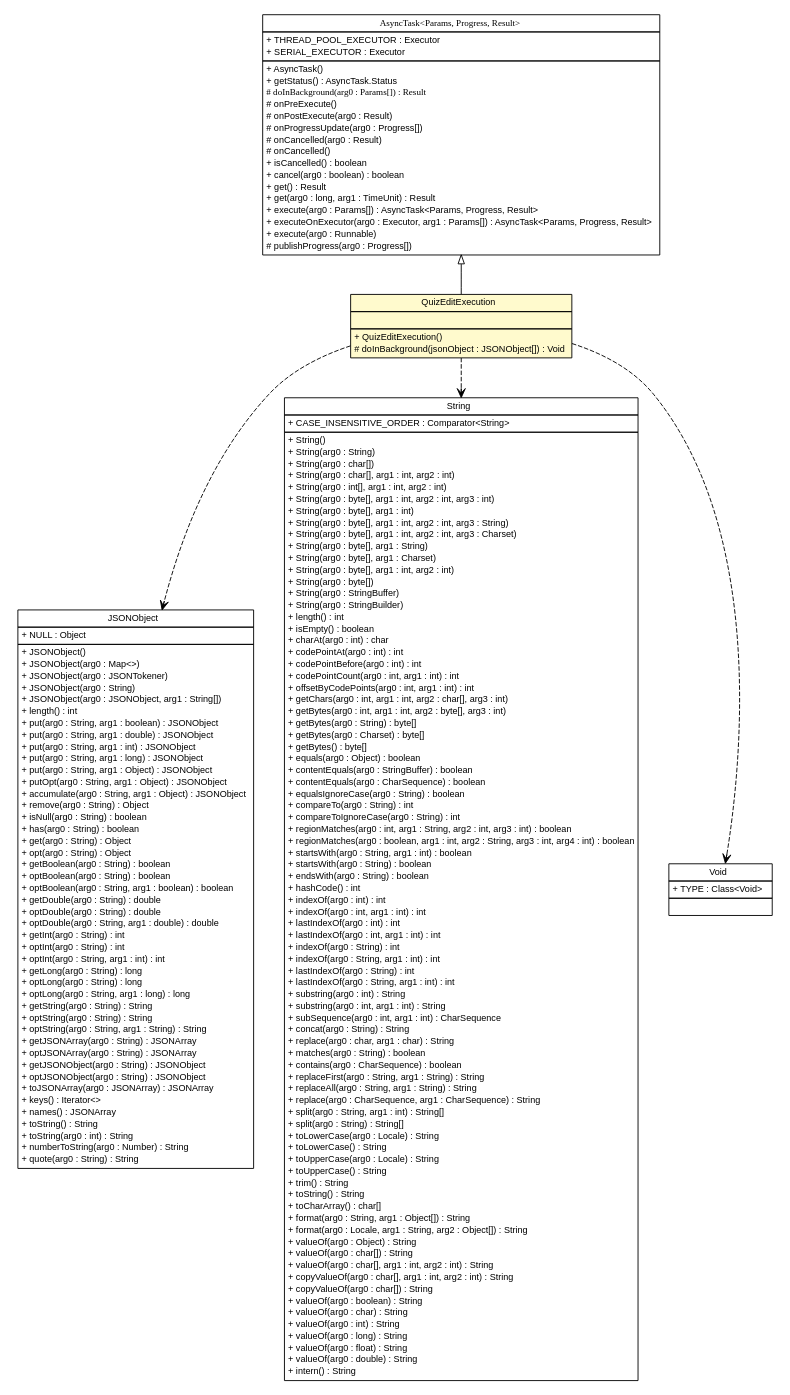
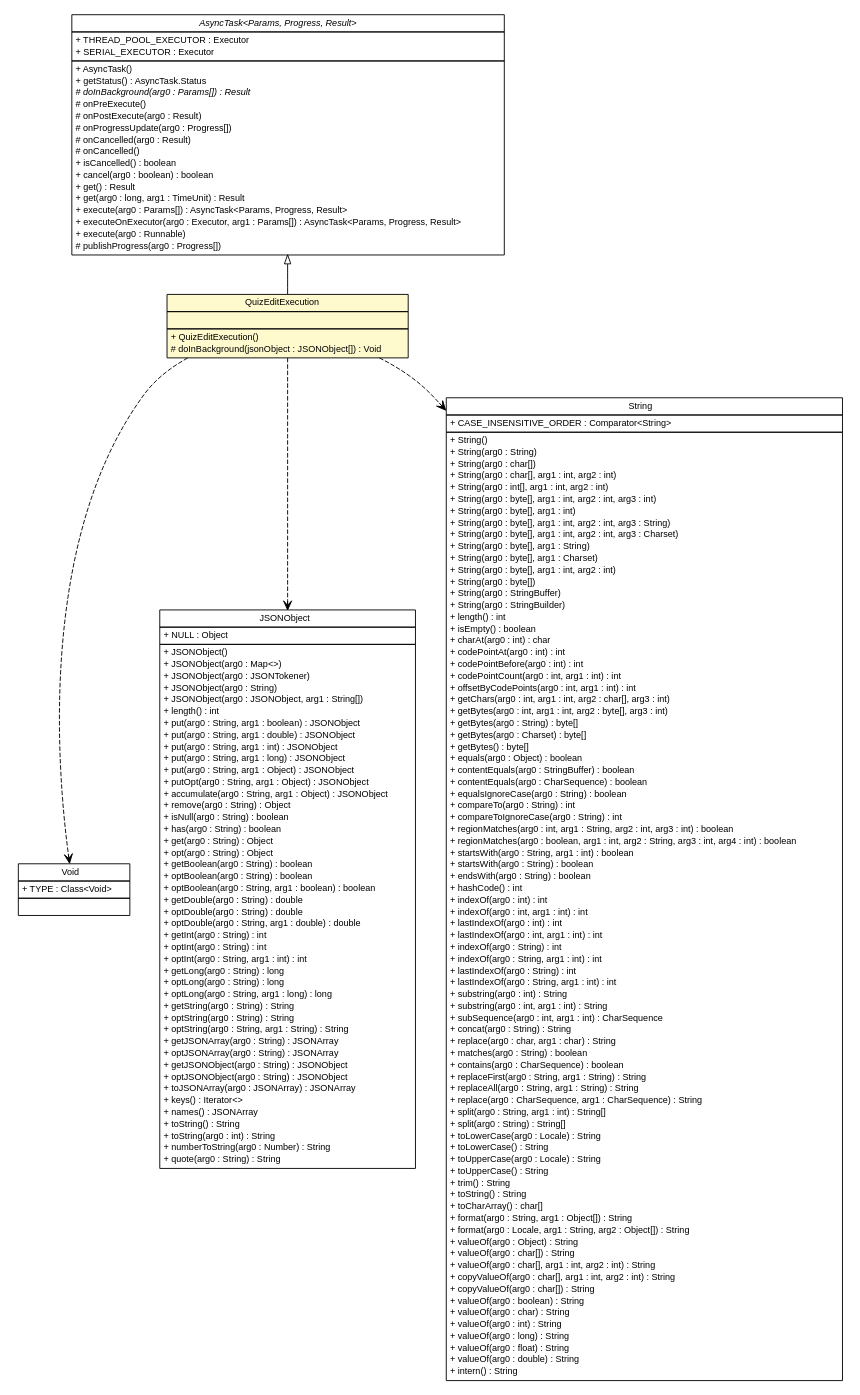
The diagram in SwEng2013QuizApp/reports/epfl/sweng/backend/QuizEditExecution.dot (SidneyBovet/sweng-2013-quizapp), drawn with Graphviz before and after one commit. The commit also changed 146 other files, not shown here.

Commit message:
ant reports rerun to create the .png for UML

```diff
--- a/SwEng2013QuizApp/reports/epfl/sweng/backend/QuizEditExecution.dot
+++ b/SwEng2013QuizApp/reports/epfl/sweng/backend/QuizEditExecution.dot
@@ -5,12 +5,12 @@
 #
 
 digraph G {
-	edge [fontname="arial",fontsize=10,labelfontname="arial",labelfontsize=10];
-	node [fontname="arial",fontsize=10,shape=plaintext];
+	edge [fontname="Helvetica",fontsize=10,labelfontname="Helvetica",labelfontsize=10];
+	node [fontname="Helvetica",fontsize=10,shape=plaintext];
 	nodesep=0.25;
 	ranksep=0.5;
 	// epfl.sweng.backend.QuizEditExecution
-	c405 [label=<<table title="epfl.sweng.backend.QuizEditExecution" border="0" cellborder="1" cellspacing="0" cellpadding="2" port="p" bgcolor="lemonChiffon" href="./QuizEditExecution.html">
+	c480 [label=<<table title="epfl.sweng.backend.QuizEditExecution" border="0" cellborder="1" cellspacing="0" cellpadding="2" port="p" bgcolor="lemonChiffon" href="./QuizEditExecution.html">
 		<tr><td><table border="0" cellspacing="0" cellpadding="1">
 <tr><td align="center" balign="center"> QuizEditExecution </td></tr>
 		</table></td></tr>
@@ -21,17 +21,17 @@
 <tr><td align="left" balign="left"> + QuizEditExecution() </td></tr>
 <tr><td align="left" balign="left"> # doInBackground(jsonObject : JSONObject[]) : Void </td></tr>
 		</table></td></tr>
-		</table>>, URL="./QuizEditExecution.html", fontname="arial", fontcolor="black", fontsize=10.0];
+		</table>>, URL="./QuizEditExecution.html", fontname="Helvetica", fontcolor="black", fontsize=10.0];
 	//epfl.sweng.backend.QuizEditExecution extends android.os.AsyncTask<org.json.JSONObject, java.lang.Void, java.lang.Void>
-	c428:p -> c405:p [dir=back,arrowtail=empty];
+	c504:p -> c480:p [dir=back,arrowtail=empty];
+	// epfl.sweng.backend.QuizEditExecution DEPEND java.lang.Void
+	c480:p -> c506:p [taillabel="", label="", headlabel="", fontname="Helvetica", fontcolor="black", fontsize=10.0, color="black", arrowhead=open, style=dashed];
 	// epfl.sweng.backend.QuizEditExecution DEPEND org.json.JSONObject
-	c405:p -> c429:p [taillabel="", label="", headlabel="", fontname="arial", fontcolor="black", fontsize=10.0, color="black", arrowhead=open, style=dashed];
+	c480:p -> c507:p [taillabel="", label="", headlabel="", fontname="Helvetica", fontcolor="black", fontsize=10.0, color="black", arrowhead=open, style=dashed];
 	// epfl.sweng.backend.QuizEditExecution DEPEND java.lang.String
-	c405:p -> c430:p [taillabel="", label="", headlabel="", fontname="arial", fontcolor="black", fontsize=10.0, color="black", arrowhead=open, style=dashed];
-	// epfl.sweng.backend.QuizEditExecution DEPEND java.lang.Void
-	c405:p -> c432:p [taillabel="", label="", headlabel="", fontname="arial", fontcolor="black", fontsize=10.0, color="black", arrowhead=open, style=dashed];
+	c480:p -> c508:p [taillabel="", label="", headlabel="", fontname="Helvetica", fontcolor="black", fontsize=10.0, color="black", arrowhead=open, style=dashed];
 	// java.lang.String
-	c430 [label=<<table title="java.lang.String" border="0" cellborder="1" cellspacing="0" cellpadding="2" port="p" href="http://java.sun.com/j2se/1.4.2/docs/api/java/lang/String.html">
+	c508 [label=<<table title="java.lang.String" border="0" cellborder="1" cellspacing="0" cellpadding="2" port="p" href="http://java.sun.com/j2se/1.4.2/docs/api/java/lang/String.html">
 		<tr><td><table border="0" cellspacing="0" cellpadding="1">
 <tr><td align="center" balign="center"> String </td></tr>
 		</table></td></tr>
@@ -120,11 +120,11 @@
 <tr><td align="left" balign="left"> + valueOf(arg0 : double) : String </td></tr>
 <tr><td align="left" balign="left"> + intern() : String </td></tr>
 		</table></td></tr>
-		</table>>, URL="http://java.sun.com/j2se/1.4.2/docs/api/java/lang/String.html", fontname="arial", fontcolor="black", fontsize=10.0];
+		</table>>, URL="http://java.sun.com/j2se/1.4.2/docs/api/java/lang/String.html", fontname="Helvetica", fontcolor="black", fontsize=10.0];
 	// android.os.AsyncTask<Params, Progress, Result>
-	c428 [label=<<table title="android.os.AsyncTask" border="0" cellborder="1" cellspacing="0" cellpadding="2" port="p" href="http://java.sun.com/j2se/1.4.2/docs/api/android/os/AsyncTask.html">
+	c504 [label=<<table title="android.os.AsyncTask" border="0" cellborder="1" cellspacing="0" cellpadding="2" port="p" href="http://java.sun.com/j2se/1.4.2/docs/api/android/os/AsyncTask.html">
 		<tr><td><table border="0" cellspacing="0" cellpadding="1">
-<tr><td align="center" balign="center"><font face="arial italic"> AsyncTask&lt;Params, Progress, Result&gt; </font></td></tr>
+<tr><td align="center" balign="center"><font face="Helvetica-Oblique"> AsyncTask&lt;Params, Progress, Result&gt; </font></td></tr>
 		</table></td></tr>
 		<tr><td><table border="0" cellspacing="0" cellpadding="1">
 <tr><td align="left" balign="left"> + THREAD_POOL_EXECUTOR : Executor </td></tr>
@@ -133,7 +133,7 @@
 		<tr><td><table border="0" cellspacing="0" cellpadding="1">
 <tr><td align="left" balign="left"> + AsyncTask() </td></tr>
 <tr><td align="left" balign="left"> + getStatus() : AsyncTask.Status </td></tr>
-<tr><td align="left" balign="left"><font face="arial italic" point-size="10.0"> # doInBackground(arg0 : Params[]) : Result </font></td></tr>
+<tr><td align="left" balign="left"><font face="Helvetica-Oblique" point-size="10.0"> # doInBackground(arg0 : Params[]) : Result </font></td></tr>
 <tr><td align="left" balign="left"> # onPreExecute() </td></tr>
 <tr><td align="left" balign="left"> # onPostExecute(arg0 : Result) </td></tr>
 <tr><td align="left" balign="left"> # onProgressUpdate(arg0 : Progress[]) </td></tr>
@@ -148,9 +148,9 @@
 <tr><td align="left" balign="left"> + execute(arg0 : Runnable) </td></tr>
 <tr><td align="left" balign="left"> # publishProgress(arg0 : Progress[]) </td></tr>
 		</table></td></tr>
-		</table>>, URL="http://java.sun.com/j2se/1.4.2/docs/api/android/os/AsyncTask.html", fontname="arial", fontcolor="black", fontsize=10.0];
+		</table>>, URL="http://java.sun.com/j2se/1.4.2/docs/api/android/os/AsyncTask.html", fontname="Helvetica", fontcolor="black", fontsize=10.0];
 	// org.json.JSONObject
-	c429 [label=<<table title="org.json.JSONObject" border="0" cellborder="1" cellspacing="0" cellpadding="2" port="p" href="http://java.sun.com/j2se/1.4.2/docs/api/org/json/JSONObject.html">
+	c507 [label=<<table title="org.json.JSONObject" border="0" cellborder="1" cellspacing="0" cellpadding="2" port="p" href="http://java.sun.com/j2se/1.4.2/docs/api/org/json/JSONObject.html">
 		<tr><td><table border="0" cellspacing="0" cellpadding="1">
 <tr><td align="center" balign="center"> JSONObject </td></tr>
 		</table></td></tr>
@@ -203,9 +203,9 @@
 <tr><td align="left" balign="left"> + numberToString(arg0 : Number) : String </td></tr>
 <tr><td align="left" balign="left"> + quote(arg0 : String) : String </td></tr>
 		</table></td></tr>
-		</table>>, URL="http://java.sun.com/j2se/1.4.2/docs/api/org/json/JSONObject.html", fontname="arial", fontcolor="black", fontsize=10.0];
+		</table>>, URL="http://java.sun.com/j2se/1.4.2/docs/api/org/json/JSONObject.html", fontname="Helvetica", fontcolor="black", fontsize=10.0];
 	// java.lang.Void
-	c432 [label=<<table title="java.lang.Void" border="0" cellborder="1" cellspacing="0" cellpadding="2" port="p" href="http://java.sun.com/j2se/1.4.2/docs/api/java/lang/Void.html">
+	c506 [label=<<table title="java.lang.Void" border="0" cellborder="1" cellspacing="0" cellpadding="2" port="p" href="http://java.sun.com/j2se/1.4.2/docs/api/java/lang/Void.html">
 		<tr><td><table border="0" cellspacing="0" cellpadding="1">
 <tr><td align="center" balign="center"> Void </td></tr>
 		</table></td></tr>
@@ -215,5 +215,5 @@
 		<tr><td><table border="0" cellspacing="0" cellpadding="1">
 <tr><td align="left" balign="left">  </td></tr>
 		</table></td></tr>
-		</table>>, URL="http://java.sun.com/j2se/1.4.2/docs/api/java/lang/Void.html", fontname="arial", fontcolor="black", fontsize=10.0];
+		</table>>, URL="http://java.sun.com/j2se/1.4.2/docs/api/java/lang/Void.html", fontname="Helvetica", fontcolor="black", fontsize=10.0];
 }
```
